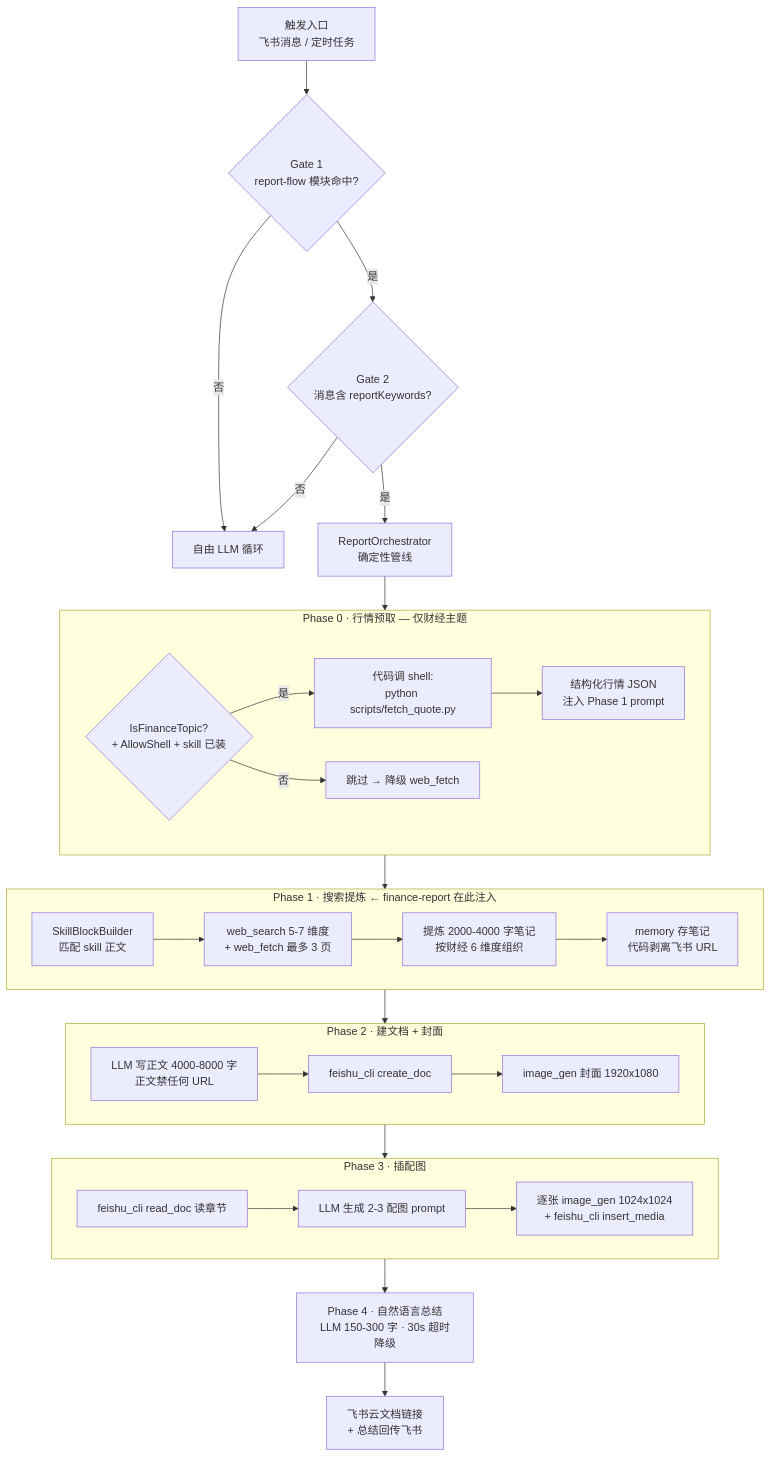
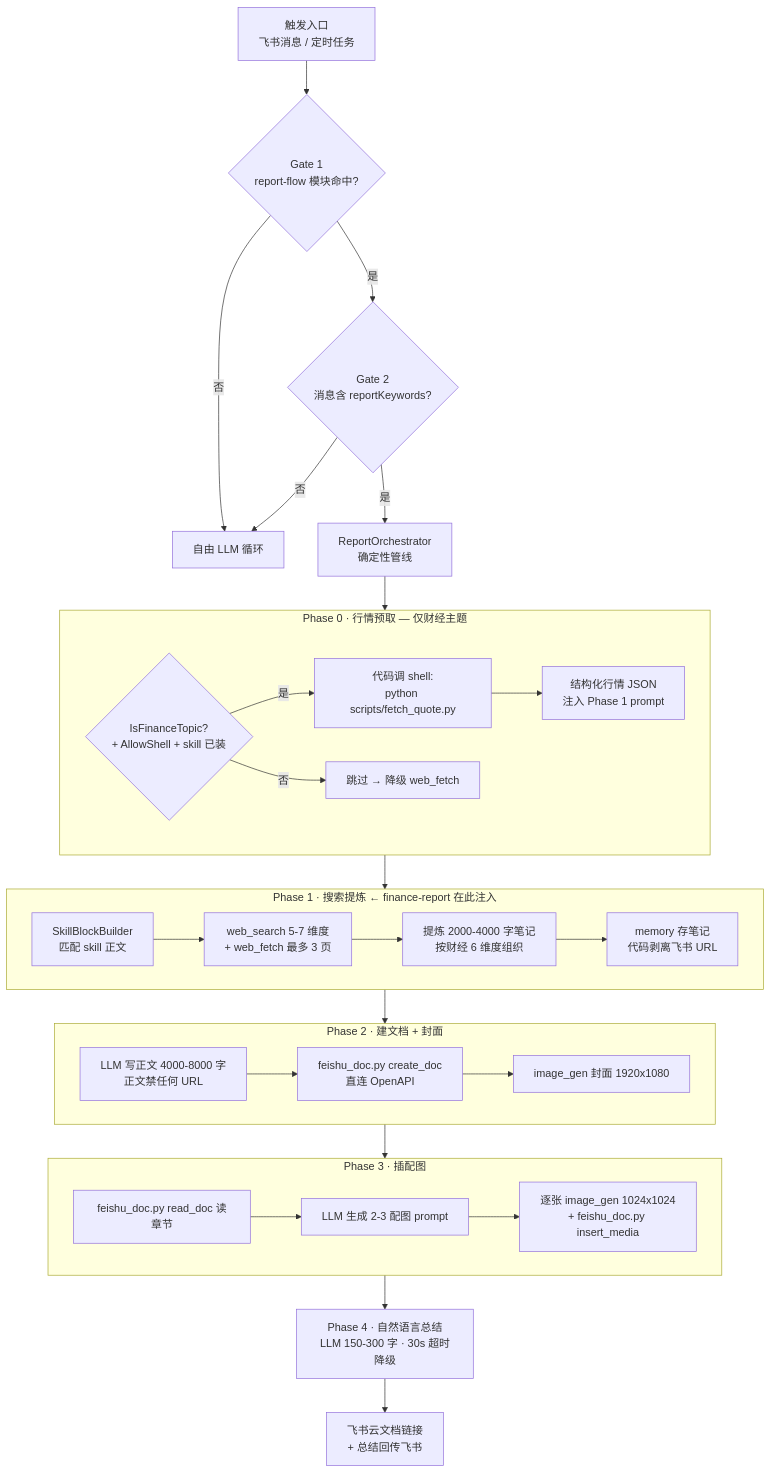
Before and after one commit to LoganChi/hermes-finance: the first of 3 diagrams in skills/finance-report/flow.md, drawn with Mermaid. The commit also changed 3 other files, not shown here.

First line of the commit message:
refactor: replace lark-cli with direct Feishu OpenAPI (#1)

````diff
--- a/skills/finance-report/flow.md
+++ b/skills/finance-report/flow.md
@@ -8,37 +8,37 @@
 ```mermaid
 flowchart TD
     Trigger[触发入口<br/>飞书消息 / 定时任务] --> G1{Gate 1<br/>report-flow 模块命中?}
     G1 -->|否| Free[自由 LLM 循环]
     G1 -->|是| G2{Gate 2<br/>消息含 reportKeywords?}
     G2 -->|否| Free
     G2 -->|是| Pipeline[ReportOrchestrator<br/>确定性管线]
 
     Pipeline --> P0
     subgraph P0 [Phase 0 · 行情预取 — 仅财经主题]
         P0a{IsFinanceTopic?<br/>+ AllowShell + skill 已装} -->|是| P0b[代码调 shell:<br/>python scripts/fetch_quote.py]
         P0b --> P0c[结构化行情 JSON<br/>注入 Phase 1 prompt]
         P0a -->|否| Skip[跳过 → 降级 web_fetch]
     end
 
     P0 --> P1
     subgraph P1 [Phase 1 · 搜索提炼 ← finance-report 在此注入]
         P1a[SkillBlockBuilder<br/>匹配 skill 正文] --> P1b[web_search 5-7 维度<br/>+ web_fetch 最多 3 页]
         P1b --> P1c[提炼 2000-4000 字笔记<br/>按财经 6 维度组织]
         P1c --> P1d[memory 存笔记<br/>代码剥离飞书 URL]
     end
 
     P1 --> P2
     subgraph P2 [Phase 2 · 建文档 + 封面]
-        P2a[LLM 写正文 4000-8000 字<br/>正文禁任何 URL] --> P2b[feishu_cli create_doc]
+        P2a[LLM 写正文 4000-8000 字<br/>正文禁任何 URL] --> P2b[feishu_doc.py create_doc<br/>直连 OpenAPI]
         P2b --> P2c[image_gen 封面 1920x1080]
     end
 
     P2 --> P3
     subgraph P3 [Phase 3 · 插配图]
-        P3a[feishu_cli read_doc 读章节] --> P3b[LLM 生成 2-3 配图 prompt]
-        P3b --> P3c[逐张 image_gen 1024x1024<br/>+ feishu_cli insert_media]
+        P3a[feishu_doc.py read_doc 读章节] --> P3b[LLM 生成 2-3 配图 prompt]
+        P3b --> P3c[逐张 image_gen 1024x1024<br/>+ feishu_doc.py insert_media]
     end
 
     P3 --> P4[Phase 4 · 自然语言总结<br/>LLM 150-300 字 · 30s 超时降级]
     P4 --> Done[飞书云文档链接<br/>+ 总结回传飞书]
 ```
````
